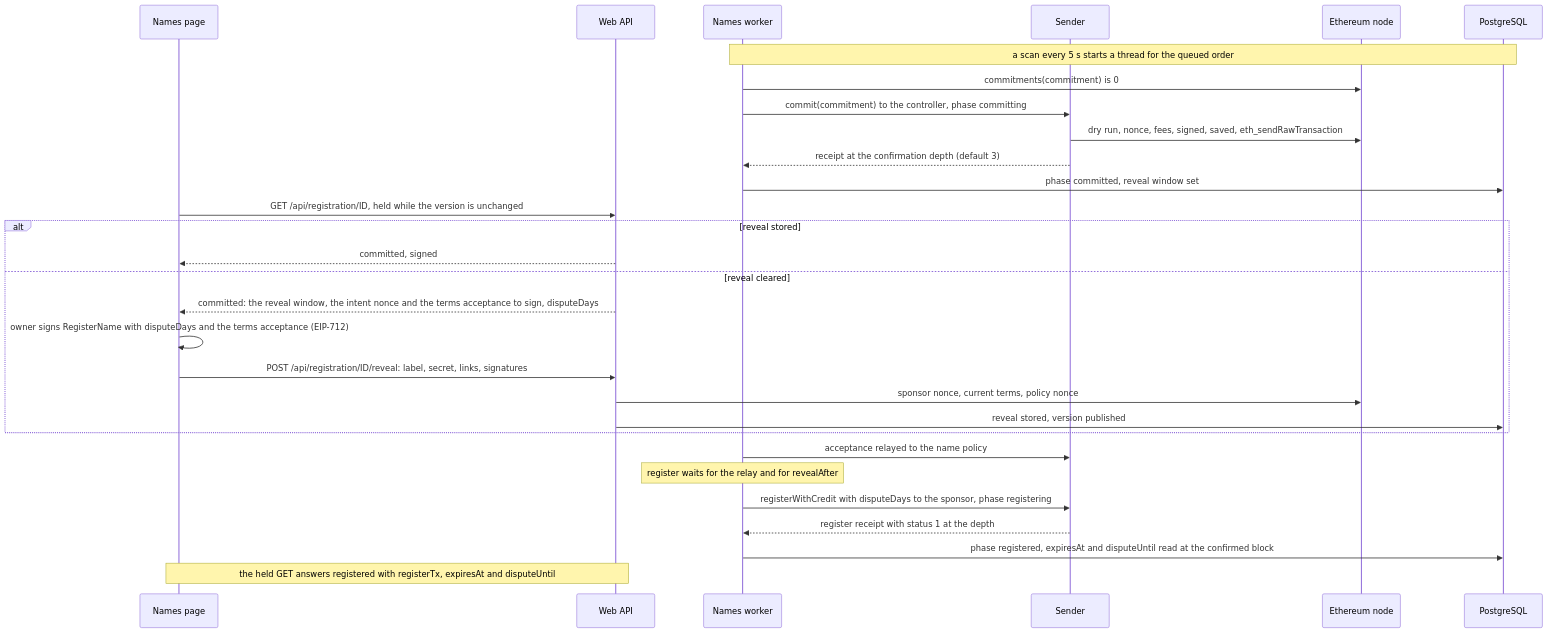
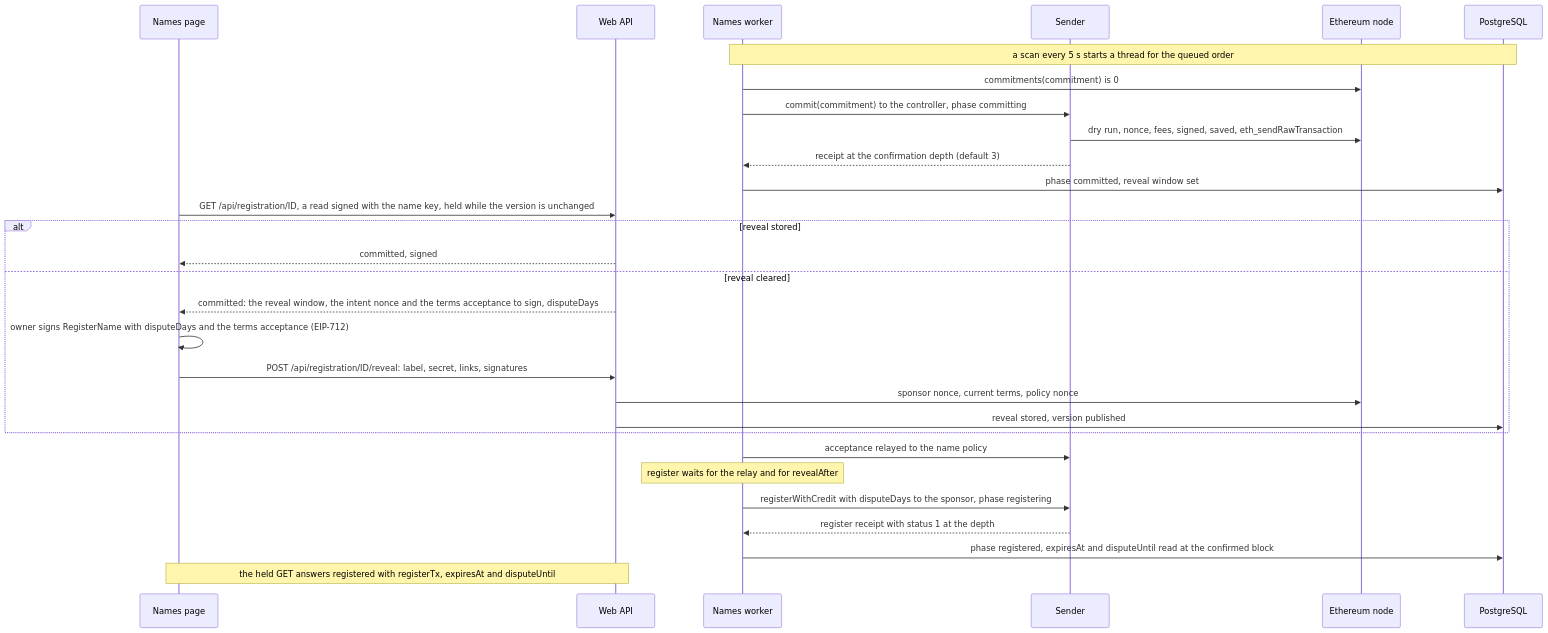
The third of 16 diagrams in apps/simplex-store-service/docs/names.md (simplex-chat/simplex-chat), drawn with Mermaid before and after one commit. The commit also changed other lines of this file and 4 other files, not shown here.

````diff
--- a/apps/simplex-store-service/docs/names.md
+++ b/apps/simplex-store-service/docs/names.md
@@ -213,31 +219,31 @@
 ```mermaid
 sequenceDiagram
   participant P as Names page
   participant W as Web API
   participant K as Names worker
   participant S as Sender
   participant E as Ethereum node
   participant D as PostgreSQL
   Note over K,D: a scan every 5 s starts a thread for the queued order
   K->>E: commitments(commitment) is 0
   K->>S: commit(commitment) to the controller, phase committing
   S->>E: dry run, nonce, fees, signed, saved, eth_sendRawTransaction
   S-->>K: receipt at the confirmation depth (default 3)
   K->>D: phase committed, reveal window set
-  P->>W: GET /api/registration/ID, held while the version is unchanged
+  P->>W: GET /api/registration/ID, a read signed with the name key, held while the version is unchanged
   alt reveal stored
     W-->>P: committed, signed
   else reveal cleared
     W-->>P: committed: the reveal window, the intent nonce and the terms acceptance to sign, disputeDays
     P->>P: owner signs RegisterName with disputeDays and the terms acceptance (EIP-712)
     P->>W: POST /api/registration/ID/reveal: label, secret, links, signatures
     W->>E: sponsor nonce, current terms, policy nonce
     W->>D: reveal stored, version published
   end
   K->>S: acceptance relayed to the name policy
   Note over K: register waits for the relay and for revealAfter
   K->>S: registerWithCredit with disputeDays to the sponsor, phase registering
   S-->>K: register receipt with status 1 at the depth
   K->>D: phase registered, expiresAt and disputeUntil read at the confirmed block
   Note over P,W: the held GET answers registered with registerTx, expiresAt and disputeUntil
 ```
````
